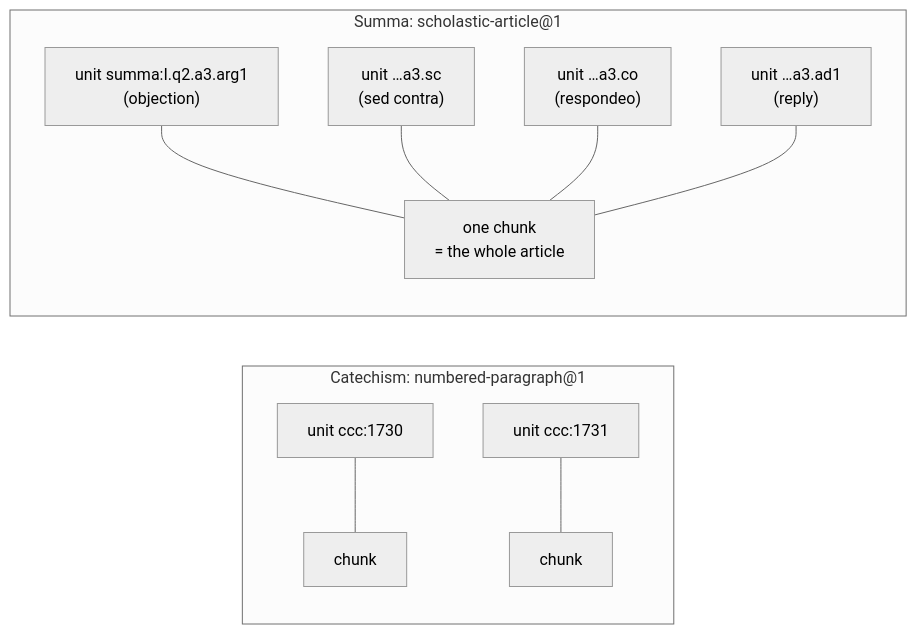
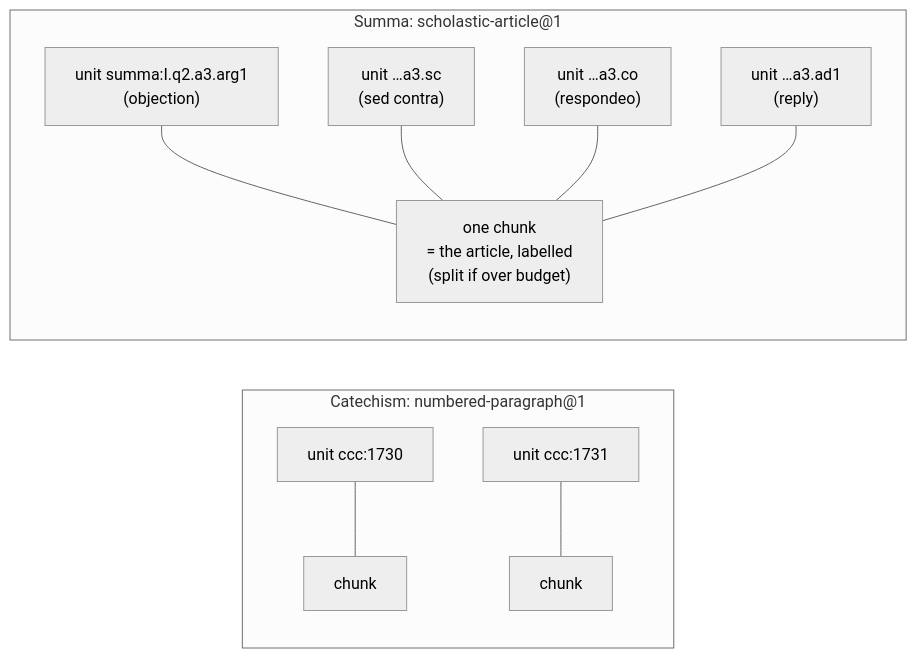
The diagram in docs/guide/02-the-citable-unit.md (ancsingabor/apologia), drawn with Mermaid (neutral theme) before and after one commit. The commit also changed other lines of this file and 5 other files, not shown here.

First line of the commit message:
docs(guide/02): say what the join table is for, and stop claiming every article fits one chunk

````diff
--- a/docs/guide/02-the-citable-unit.md
+++ b/docs/guide/02-the-citable-unit.md
@@ -31,13 +48,13 @@
 ```mermaid
 flowchart LR
   subgraph CCC["Catechism: numbered-paragraph@1"]
     u1["unit ccc:1730"] --- c1["chunk"]
     u2["unit ccc:1731"] --- c2["chunk"]
   end
   subgraph SUMMA["Summa: scholastic-article@1"]
-    a1["unit summa:I.q2.a3.arg1<br/>(objection)"] --- c3["one chunk<br/>= the whole article"]
+    a1["unit summa:I.q2.a3.arg1<br/>(objection)"] --- c3["one chunk<br/>= the article, labelled<br/>(split if over budget)"]
     a2["unit …a3.sc<br/>(sed contra)"] --- c3
     a3["unit …a3.co<br/>(respondeo)"] --- c3
     a4["unit …a3.ad1<br/>(reply)"] --- c3
   end
 ```
````
